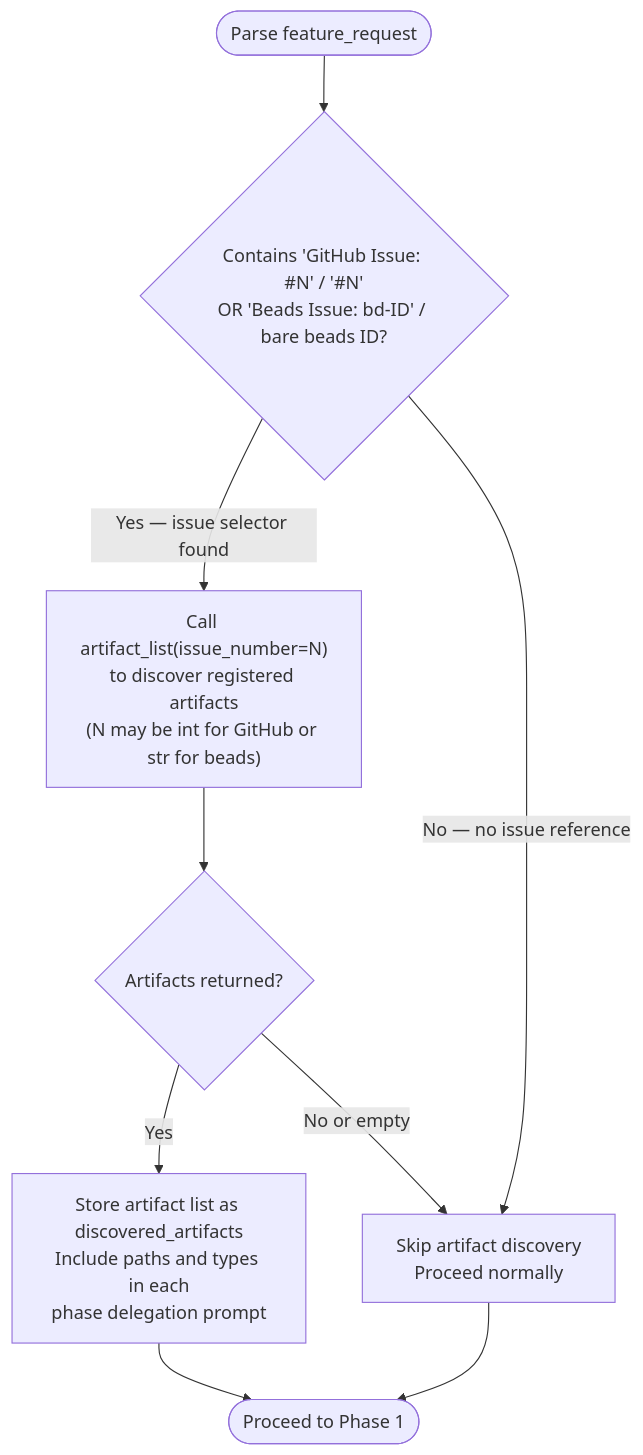
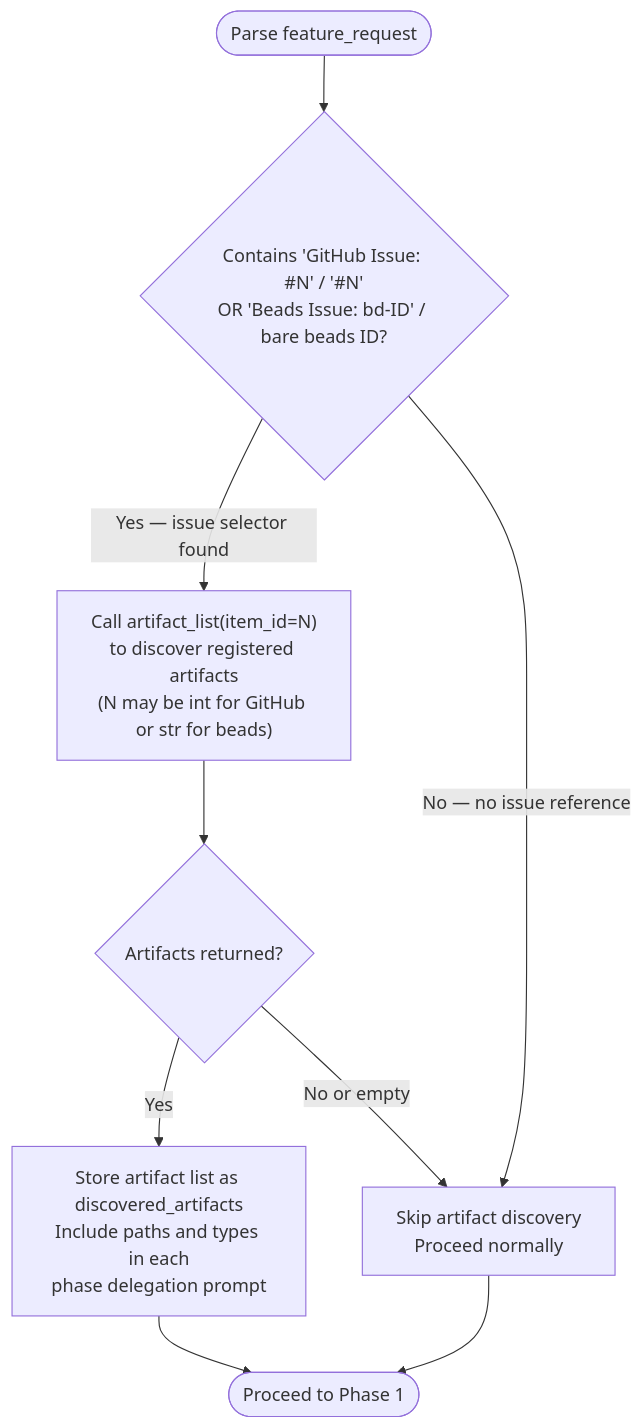
The first of 3 diagrams in plugins/development-harness/skills/add-new-feature/SKILL.md (chgreer1070/claude_skills), drawn with Mermaid before and after one commit. The commit also changed other lines of this file and 46 other files, not shown here.

Commit message:
refactor(add-new-feature): Phase 3 architect agent writes spec to disk and self-registers artifact (#2429)

````diff
--- a/plugins/development-harness/skills/add-new-feature/SKILL.md
+++ b/plugins/development-harness/skills/add-new-feature/SKILL.md
@@ -31,11 +31,11 @@
 ```mermaid
 flowchart TD
     Start([Parse feature_request]) --> Q{"Contains 'GitHub Issue: #N' / '#N'<br>OR 'Beads Issue: bd-ID' / bare beads ID?"}
-    Q -->|Yes — issue selector found| List["Call artifact_list(issue_number=N)<br>to discover registered artifacts<br>(N may be int for GitHub or str for beads)"]
+    Q -->|Yes — issue selector found| List["Call artifact_list(item_id=N)<br>to discover registered artifacts<br>(N may be int for GitHub or str for beads)"]
     Q -->|No — no issue reference| Skip[Skip artifact discovery<br>Proceed normally]
     List --> Found{Artifacts returned?}
     Found -->|Yes| Store["Store artifact list as discovered_artifacts<br>Include paths and types in each<br>phase delegation prompt"]
     Found -->|No or empty| Skip
     Store --> Phase1([Proceed to Phase 1])
     Skip --> Phase1
 ```
````
